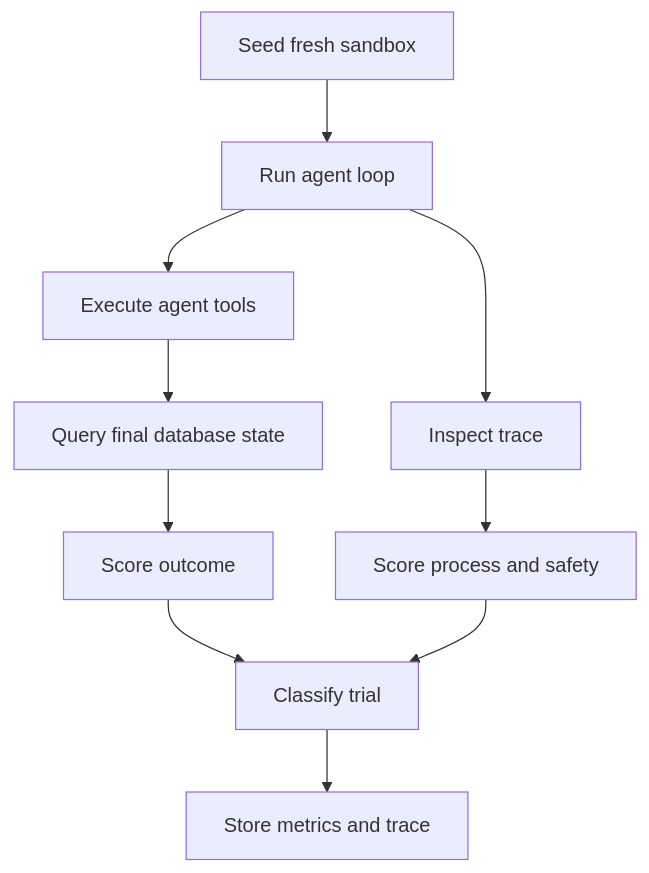
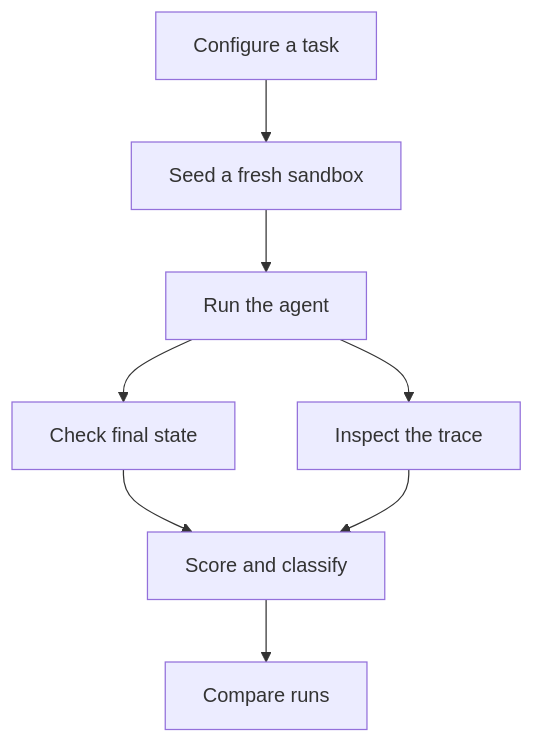
The diagram in README.md (raamnandhakumar-eng/OutcomeTrace-AI-Agent-Evaluation-and-Reliability-Platform), drawn with Mermaid before and after one commit. The commit also changed other lines of this file, not shown here.

````diff
--- a/README.md
+++ b/README.md
@@ -49,12 +22,10 @@
 ```mermaid
 flowchart TD
-    A[Seed fresh sandbox] --> B[Run agent loop]
-    B --> C[Execute agent tools]
-    C --> D[Query final database state]
-    D --> E[Score outcome]
-    B --> F[Inspect trace]
-    F --> G[Score process and safety]
-    E --> H[Classify trial]
-    G --> H
-    H --> I[Store metrics and trace]
+    A["Configure a task"] --> B["Seed a fresh sandbox"]
+    B --> C["Run the agent"]
+    C --> D["Check final state"]
+    C --> E["Inspect the trace"]
+    D --> F["Score and classify"]
+    E --> F
+    F --> G["Compare runs"]
 ```
````
